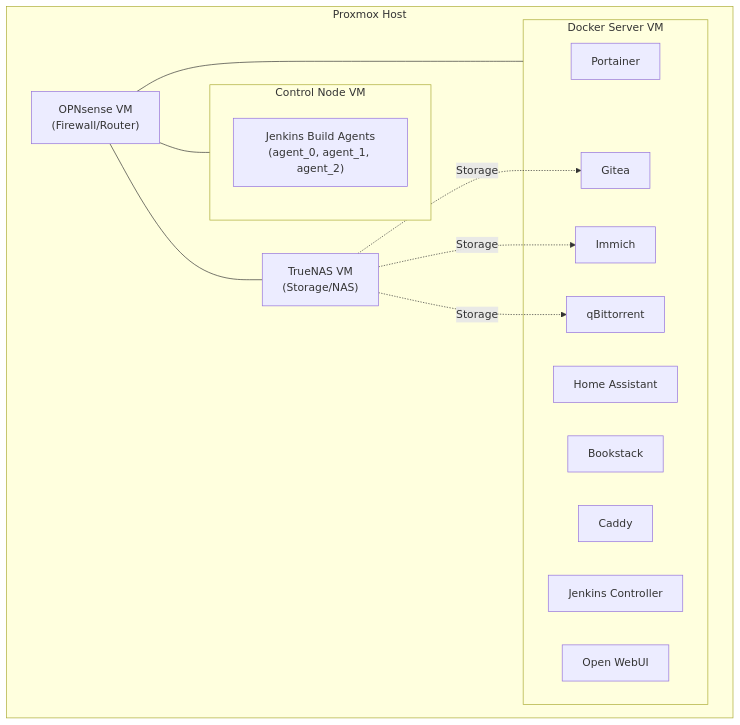
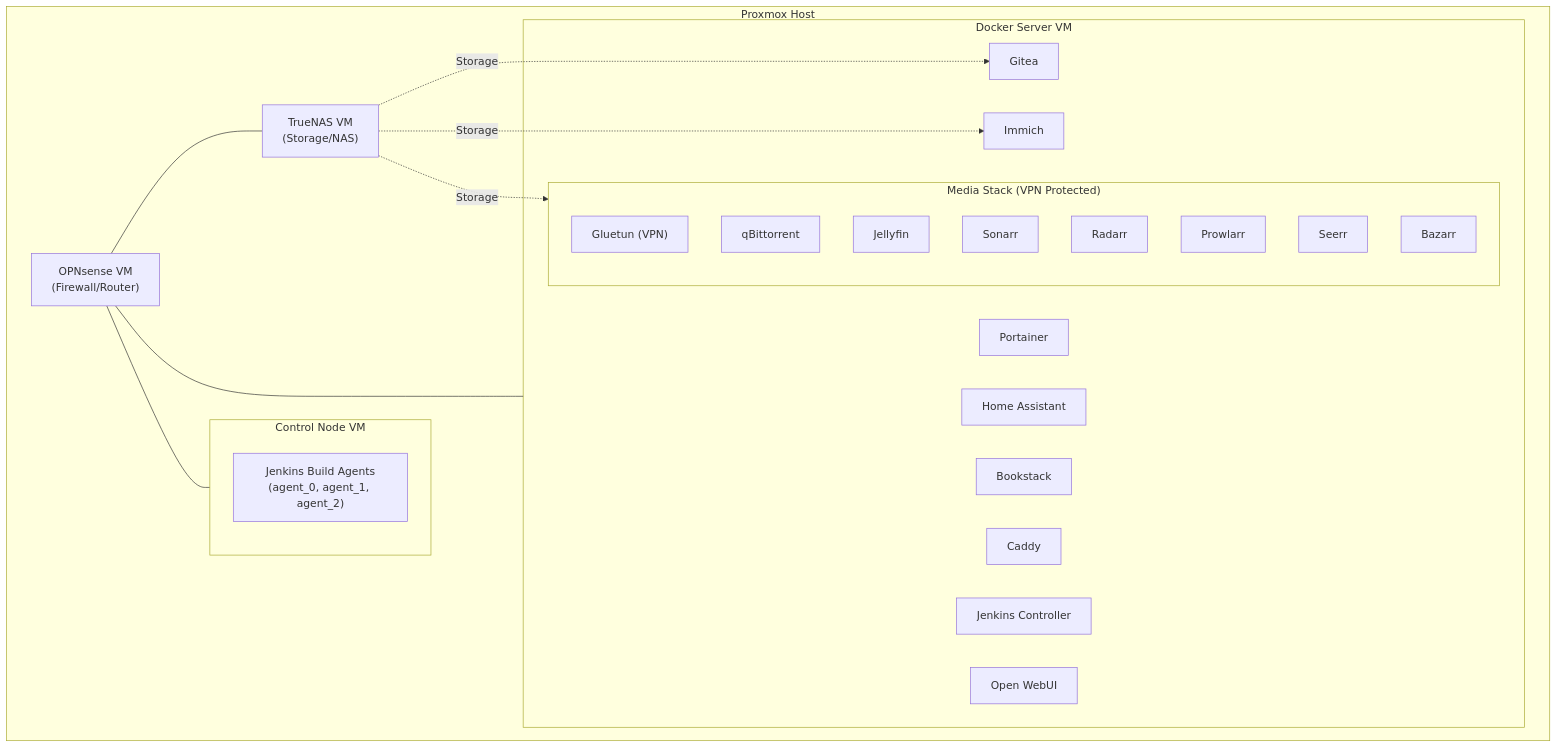
Before and after one commit to telemc97/homelab_docker_compose: the diagram in README.md, drawn with Mermaid. The commit also changed other lines of this file and 1 other file, not shown here.

Commit message:
README update

````diff
--- a/README.md
+++ b/README.md
@@ -17,30 +17,39 @@
 ```mermaid
 graph TD
     subgraph Proxmox ["Proxmox Host"]
         OPN["OPNsense VM<br/>(Firewall/Router)"]
         NAS["TrueNAS VM<br/>(Storage/NAS)"]
 
         subgraph CtrlVM ["Control Node VM"]
             Agents["Jenkins Build Agents<br/>(agent_0, agent_1, agent_2)"]
         end
 
         subgraph DockerVM ["Docker Server VM"]
             Portainer["Portainer"]
             HASS["Home Assistant"]
             Gitea["Gitea"]
             Book["Bookstack"]
             Caddy["Caddy"]
             Immich["Immich"]
-            qBit["qBittorrent"]
             Jenkins["Jenkins Controller"]
             AI["Open WebUI"]
+            subgraph MediaStack ["Media Stack (VPN Protected)"]
+                Gluetun["Gluetun (VPN)"]
+                qBit["qBittorrent"]
+                Jellyfin["Jellyfin"]
+                Sonarr["Sonarr"]
+                Radarr["Radarr"]
+                Prowl["Prowlarr"]
+                Seerr["Seerr"]
+                Bazarr["Bazarr"]
+            end
         end
     end
 
     NAS -.->|"Storage"| Gitea
     NAS -.->|"Storage"| Immich
-    NAS -.->|"Storage"| qBit
+    NAS -.->|"Storage"| MediaStack
     OPN --- NAS
     OPN --- DockerVM
     OPN --- CtrlVM
 ```
````
